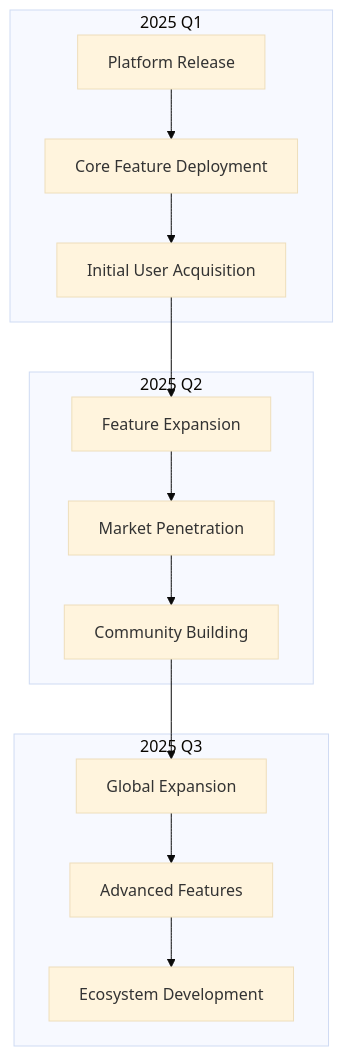
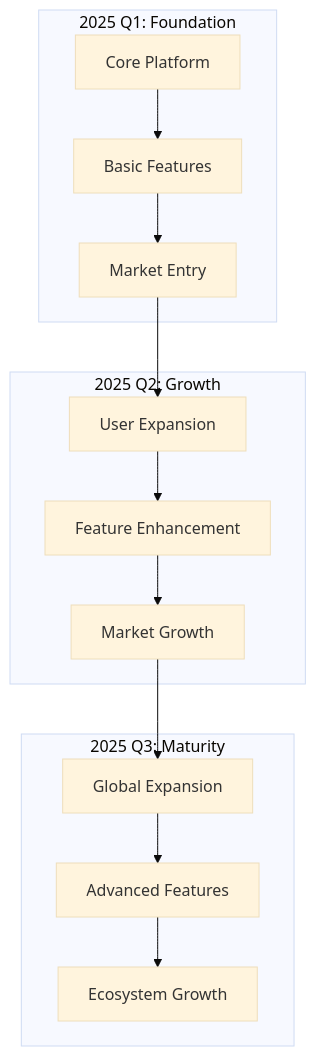
Before and after one commit to MEMEFANS/memefans: the first of 3 diagrams in docs/whitepaper/roadmap.md, drawn with Mermaid (base theme). The commit also changed other lines of this file and 7 other files, not shown here.

````diff
--- a/docs/whitepaper/roadmap.md
+++ b/docs/whitepaper/roadmap.md
@@ -5,26 +5,20 @@
 ```mermaid
 graph TD
-    subgraph 2025 Q1
-    A1[Platform Release]
-    A2[Core Feature Deployment]
-    A3[Initial User Acquisition]
-    A1 --> A2 --> A3
+    subgraph 2025 Q1: Foundation
+    A1[Core Platform] --> A2[Basic Features]
+    A2 --> A3[Market Entry]
     end
     
-    subgraph 2025 Q2
-    B1[Feature Expansion]
-    B2[Market Penetration]
-    B3[Community Building]
-    B1 --> B2 --> B3
+    subgraph 2025 Q2: Growth
+    B1[User Expansion] --> B2[Feature Enhancement]
+    B2 --> B3[Market Growth]
     end
     
-    subgraph 2025 Q3
-    C1[Global Expansion]
-    C2[Advanced Features]
-    C3[Ecosystem Development]
-    C1 --> C2 --> C3
+    subgraph 2025 Q3: Maturity
+    C1[Global Expansion] --> C2[Advanced Features]
+    C2 --> C3[Ecosystem Growth]
     end
     
     A3 --> B1
     B3 --> C1
 ```
````
